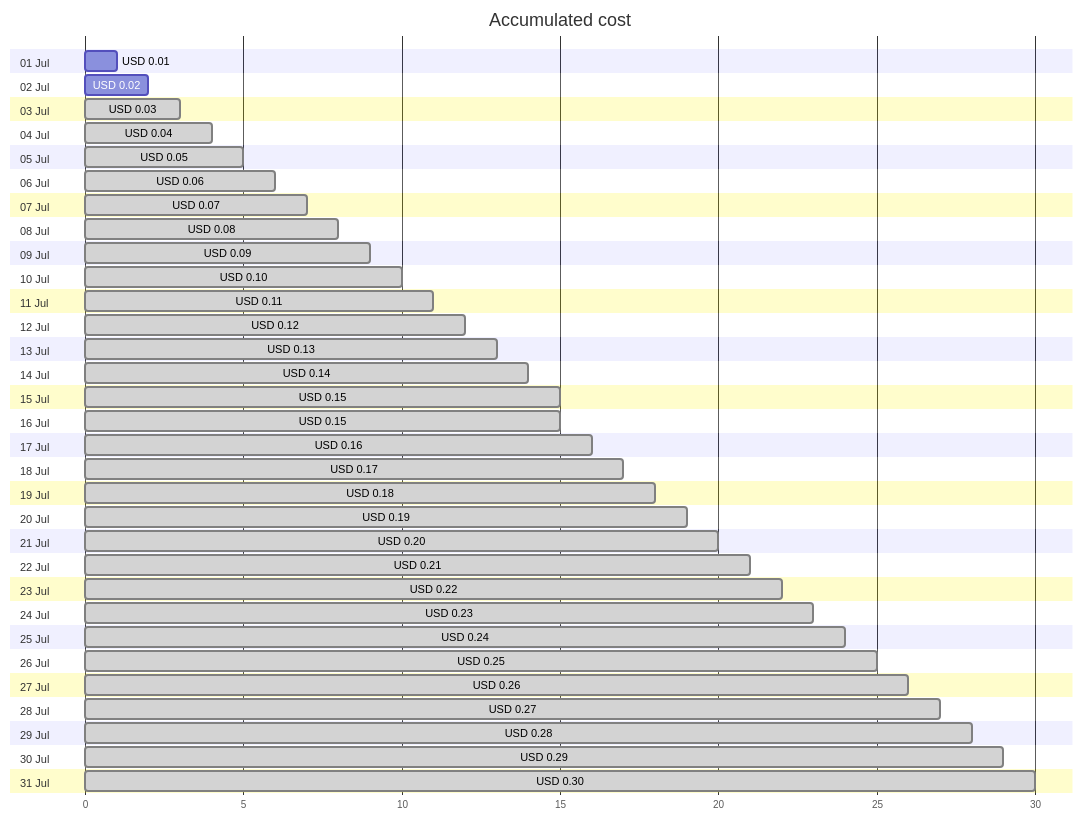
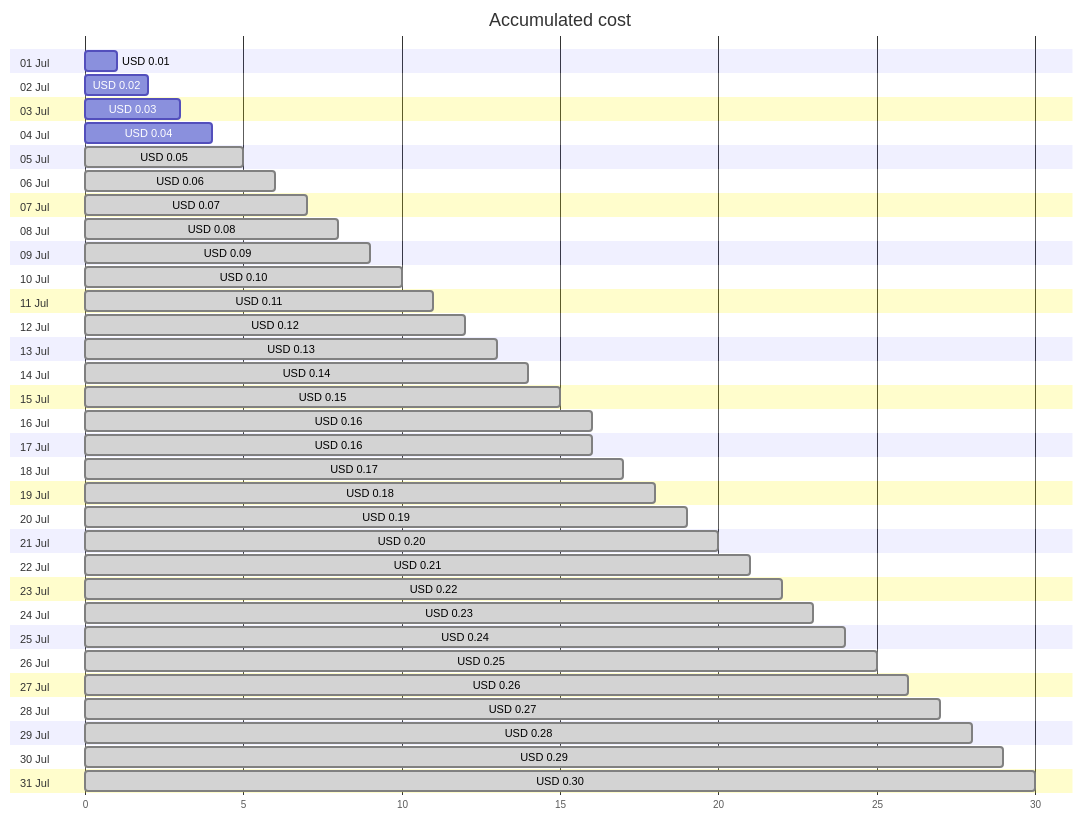
Before and after one commit to jpfulton/azure-personal-reports: the first of 4 diagrams in cost-reports/cloud-shell-storage-eastus/README.md, drawn with Mermaid. The commit also changed other lines of this file and 1 other file, not shown here.

````diff
--- a/cost-reports/cloud-shell-storage-eastus/README.md
+++ b/cost-reports/cloud-shell-storage-eastus/README.md
@@ -20,68 +20,68 @@
 ```mermaid
 gantt
    title Accumulated cost
    dateFormat  X
    axisFormat %s
    section 01 Jul
    USD 0.01 :0, 1
    section 02 Jul
    USD 0.02 :0, 2
    section 03 Jul
-   USD 0.03 : done, 0, 3
+   USD 0.03 :0, 3
    section 04 Jul
-   USD 0.04 : done, 0, 4
+   USD 0.04 :0, 4
    section 05 Jul
    USD 0.05 : done, 0, 5
    section 06 Jul
    USD 0.06 : done, 0, 6
    section 07 Jul
    USD 0.07 : done, 0, 7
    section 08 Jul
    USD 0.08 : done, 0, 8
    section 09 Jul
    USD 0.09 : done, 0, 9
    section 10 Jul
    USD 0.10 : done, 0, 10
    section 11 Jul
    USD 0.11 : done, 0, 11
    section 12 Jul
    USD 0.12 : done, 0, 12
    section 13 Jul
    USD 0.13 : done, 0, 13
    section 14 Jul
    USD 0.14 : done, 0, 14
    section 15 Jul
    USD 0.15 : done, 0, 15
    section 16 Jul
-   USD 0.15 : done, 0, 15
+   USD 0.16 : done, 0, 16
    section 17 Jul
    USD 0.16 : done, 0, 16
    section 18 Jul
    USD 0.17 : done, 0, 17
    section 19 Jul
    USD 0.18 : done, 0, 18
    section 20 Jul
    USD 0.19 : done, 0, 19
    section 21 Jul
    USD 0.20 : done, 0, 20
    section 22 Jul
    USD 0.21 : done, 0, 21
    section 23 Jul
    USD 0.22 : done, 0, 22
    section 24 Jul
    USD 0.23 : done, 0, 23
    section 25 Jul
    USD 0.24 : done, 0, 24
    section 26 Jul
    USD 0.25 : done, 0, 25
    section 27 Jul
    USD 0.26 : done, 0, 26
    section 28 Jul
    USD 0.27 : done, 0, 27
    section 29 Jul
    USD 0.28 : done, 0, 28
    section 30 Jul
    USD 0.29 : done, 0, 29
    section 31 Jul
    USD 0.30 : done, 0, 30
 ```
````
